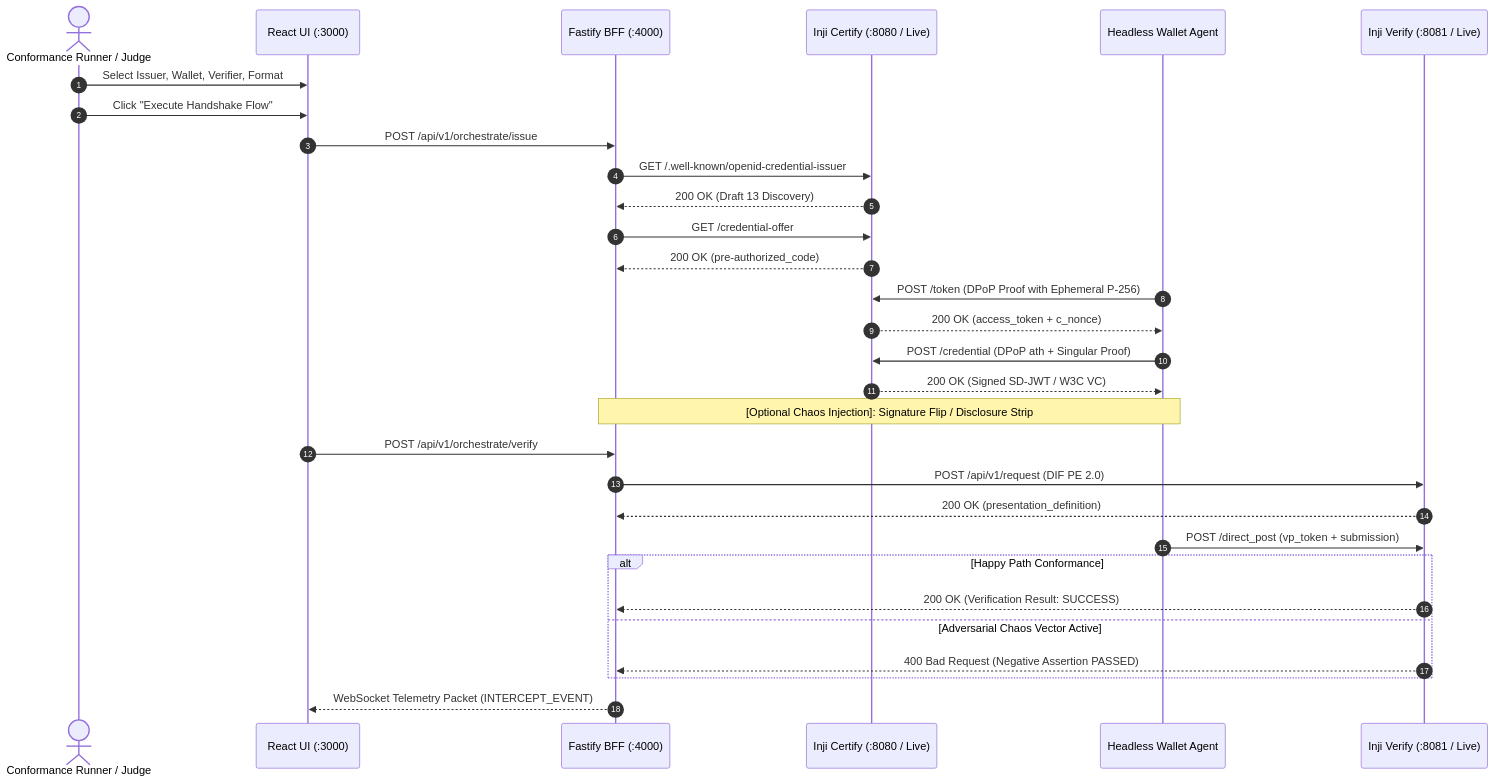
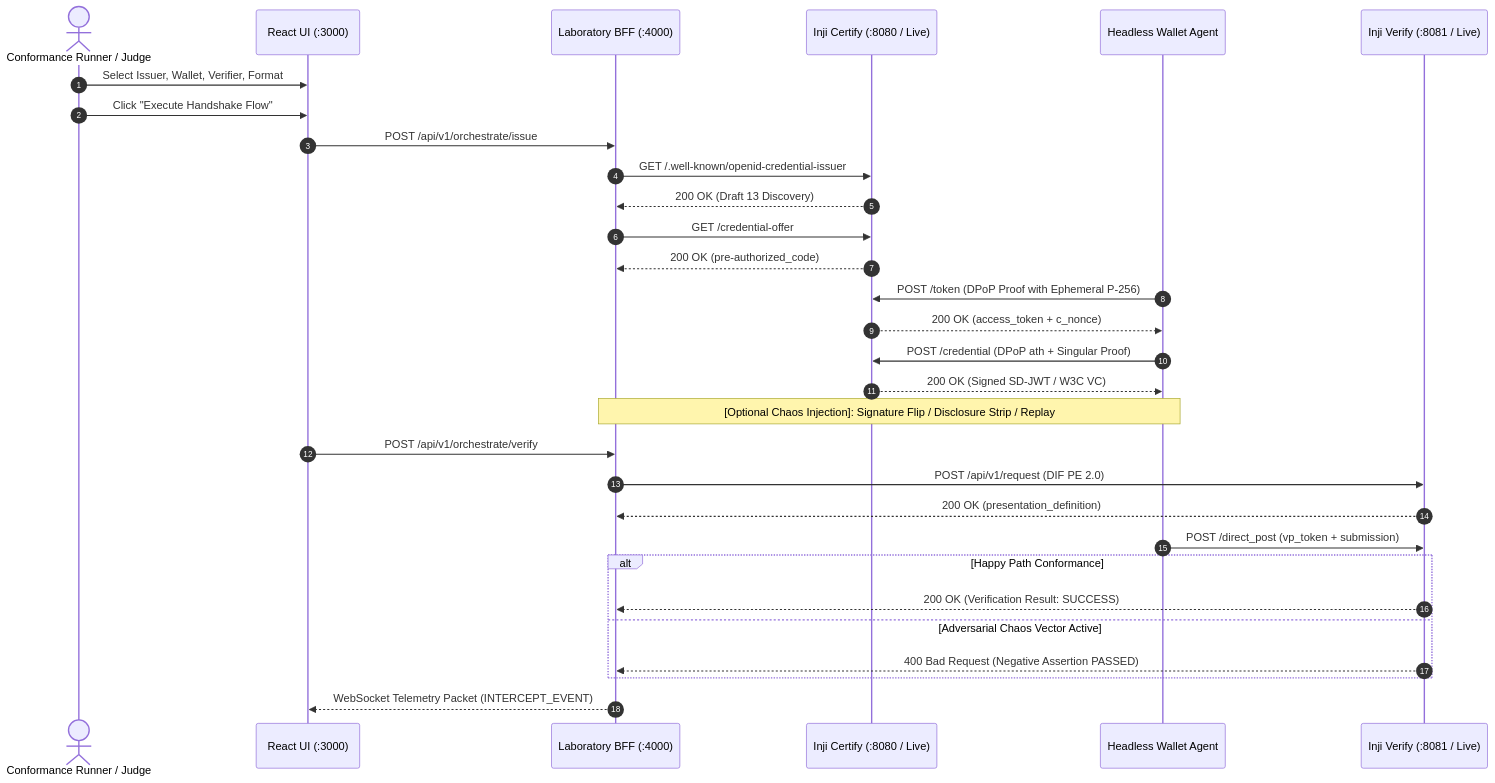
One commit to hamsavartn/inji-conformance-lab changed the diagram in README.md. Above: the diagram before and after it, drawn with Mermaid. The commit also changed other lines of this file, not shown here.

````diff
--- a/README.md
+++ b/README.md
@@ -77,35 +102,35 @@
 ```mermaid
 sequenceDiagram
     autonumber
     actor User as Conformance Runner / Judge
     participant UI as React UI (:3000)
-    participant BFF as Fastify BFF (:4000)
+    participant BFF as Laboratory BFF (:4000)
     participant Issuer as Inji Certify (:8080 / Live)
     participant Wallet as Headless Wallet Agent
     participant Verifier as Inji Verify (:8081 / Live)
 
     User->>UI: Select Issuer, Wallet, Verifier, Format
     User->>UI: Click "Execute Handshake Flow"
     UI->>BFF: POST /api/v1/orchestrate/issue
     BFF->>Issuer: GET /.well-known/openid-credential-issuer
     Issuer-->>BFF: 200 OK (Draft 13 Discovery)
     BFF->>Issuer: GET /credential-offer
     Issuer-->>BFF: 200 OK (pre-authorized_code)
     Wallet->>Issuer: POST /token (DPoP Proof with Ephemeral P-256)
     Issuer-->>Wallet: 200 OK (access_token + c_nonce)
     Wallet->>Issuer: POST /credential (DPoP ath + Singular Proof)
     Issuer-->>Wallet: 200 OK (Signed SD-JWT / W3C VC)
     
-    Note over BFF,Wallet: [Optional Chaos Injection]: Signature Flip / Disclosure Strip
+    Note over BFF,Wallet: [Optional Chaos Injection]: Signature Flip / Disclosure Strip / Replay
     
     UI->>BFF: POST /api/v1/orchestrate/verify
     BFF->>Verifier: POST /api/v1/request (DIF PE 2.0)
     Verifier-->>BFF: 200 OK (presentation_definition)
     Wallet->>Verifier: POST /direct_post (vp_token + submission)
     alt Happy Path Conformance
         Verifier-->>BFF: 200 OK (Verification Result: SUCCESS)
     else Adversarial Chaos Vector Active
         Verifier-->>BFF: 400 Bad Request (Negative Assertion PASSED)
     end
     BFF-->>UI: WebSocket Telemetry Packet (INTERCEPT_EVENT)
 ```
````
